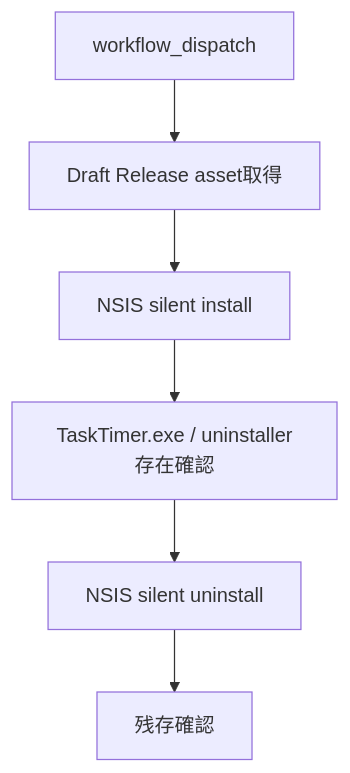
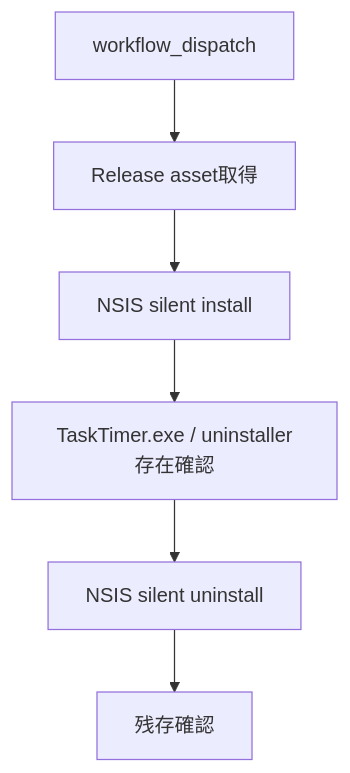
One commit to yt-hsgw/TaskTimer changed the diagram in docs/issues/021-windows-installer-runner-smoke.md. Above: the diagram before and after it, drawn with Mermaid. The commit also changed other lines of this file and 3 other files, not shown here.

````diff
--- a/docs/issues/021-windows-installer-runner-smoke.md
+++ b/docs/issues/021-windows-installer-runner-smoke.md
@@ -30,8 +30,8 @@
 ```mermaid
 flowchart TD
-  A["workflow_dispatch"] --> B["Draft Release asset取得"]
+  A["workflow_dispatch"] --> B["Release asset取得"]
   B --> C["NSIS silent install"]
   C --> D["TaskTimer.exe / uninstaller存在確認"]
   D --> E["NSIS silent uninstall"]
   E --> F["残存確認"]
 ```
````
